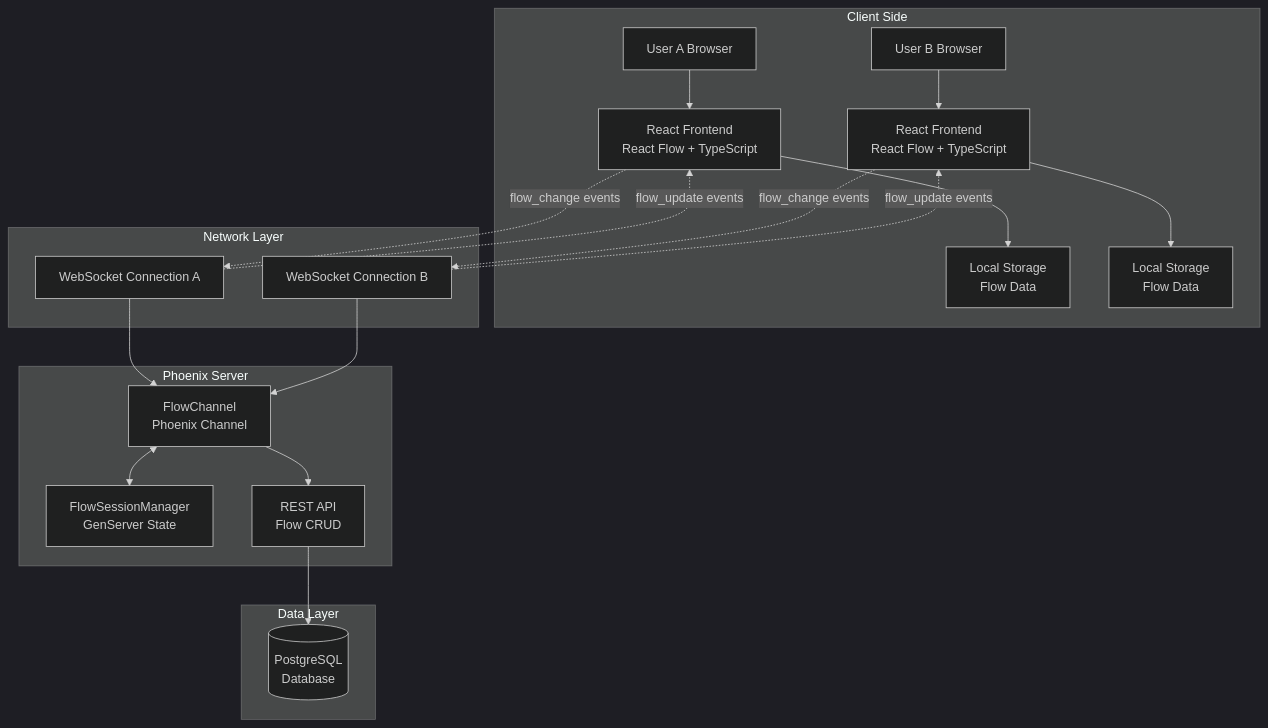
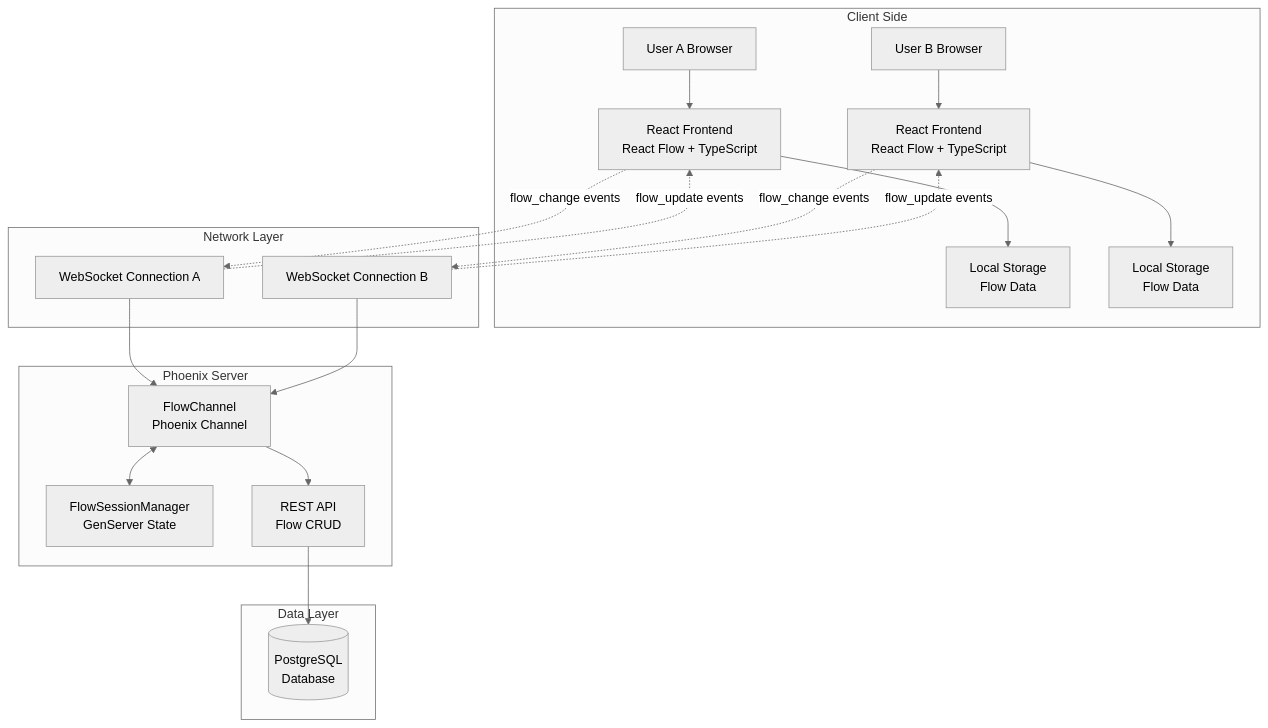
One commit to ccarvalho-eng/helix changed the first of 2 diagrams in README.md. Above: the diagram before and after it, drawn with Mermaid. The commit also changed other lines of this file, not shown here.

````diff
--- a/README.md
+++ b/README.md
@@ -104,43 +104,43 @@
 ```mermaid
-%%{init: {'theme':'dark'}}%%
+%%{init: {'theme':'neutral'}}%%
 graph TB
     subgraph "Client Side"
         UA[User A Browser]
         UB[User B Browser]
         FEA[React Frontend<br/>React Flow + TypeScript]
         FEB[React Frontend<br/>React Flow + TypeScript]
         LSA[Local Storage<br/>Flow Data]
         LSB[Local Storage<br/>Flow Data]
 
         UA --> FEA
         UB --> FEB
         FEA --> LSA
         FEB --> LSB
     end
 
     subgraph "Network Layer"
         WSA[WebSocket Connection A]
         WSB[WebSocket Connection B]
 
         FEA -.->|flow_change events| WSA
         FEB -.->|flow_change events| WSB
         WSA -.->|flow_update events| FEA
         WSB -.->|flow_update events| FEB
     end
 
     subgraph "Phoenix Server"
         FC[FlowChannel<br/>Phoenix Channel]
         FSM[FlowSessionManager<br/>GenServer State]
         API[REST API<br/>Flow CRUD]
 
         WSA --> FC
         WSB --> FC
         FC <--> FSM
         FC --> API
     end
 
     subgraph "Data Layer"
         PG[(PostgreSQL<br/>Database)]
         API --> PG
     end
 ```
````
